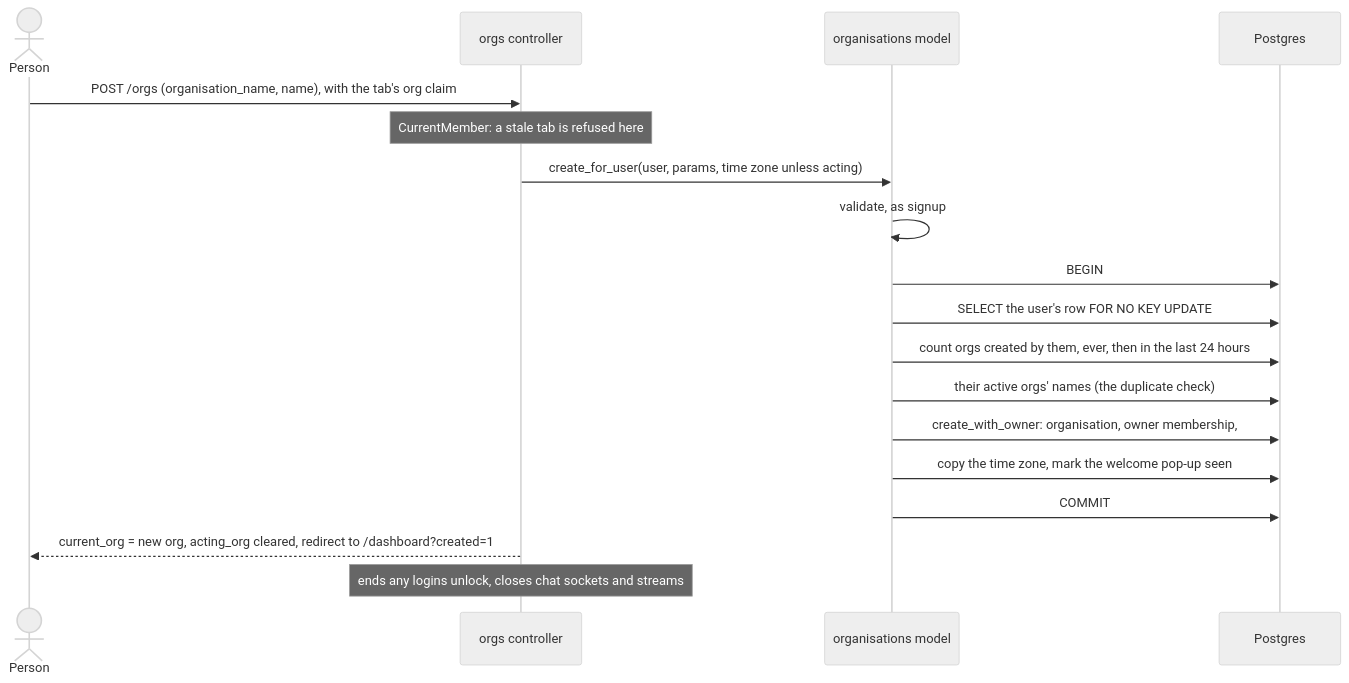
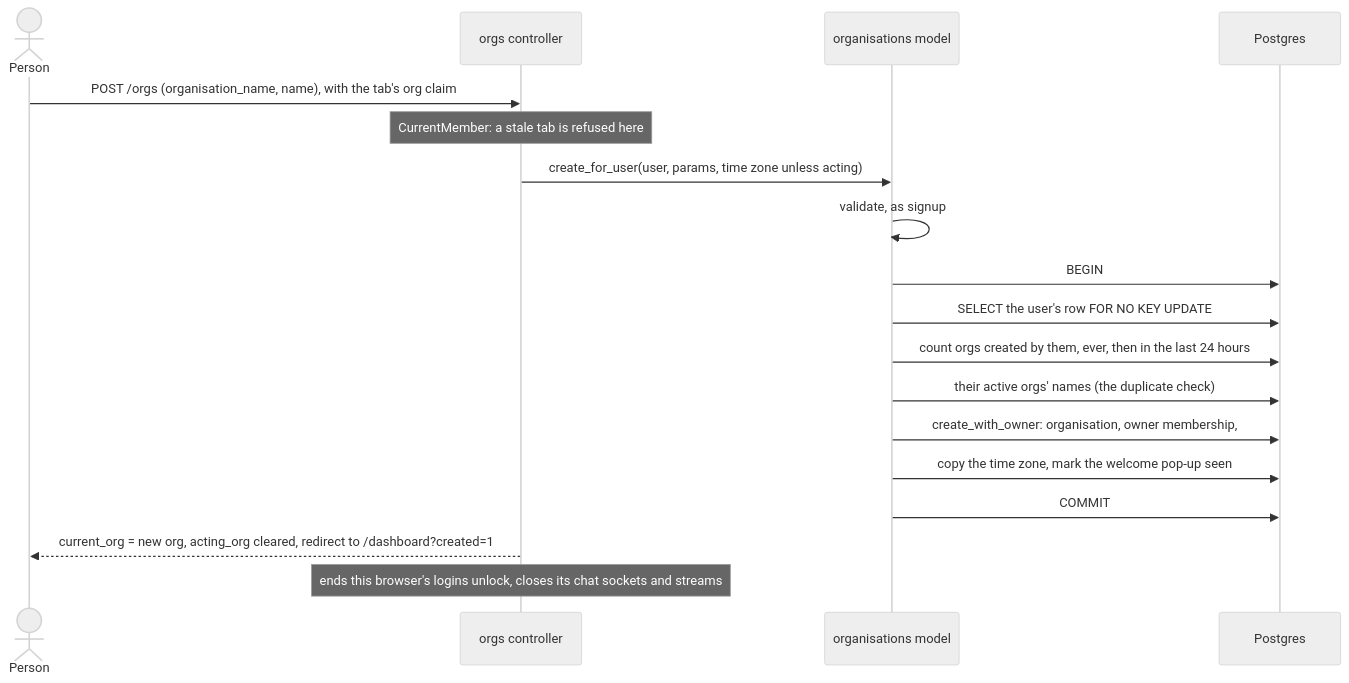
The second of 8 diagrams in docs/flows/accounts.md (rajgurung/collaboration_tool), drawn with Mermaid (neutral theme) before and after one commit. The commit also changed other lines of this file and 5 other files, not shown here.

````diff
--- a/docs/flows/accounts.md
+++ b/docs/flows/accounts.md
@@ -65,20 +65,20 @@
 ```mermaid
 sequenceDiagram
     actor P as Person
     participant C as orgs controller
     participant O as organisations model
     participant DB as Postgres
     P->>C: POST /orgs (organisation_name, name), with the tab's org claim
     Note over C: CurrentMember: a stale tab is refused here
     C->>O: create_for_user(user, params, time zone unless acting)
     O->>O: validate, as signup
     O->>DB: BEGIN
     O->>DB: SELECT the user's row FOR NO KEY UPDATE
     O->>DB: count orgs created by them, ever, then in the last 24 hours
     O->>DB: their active orgs' names (the duplicate check)
     O->>DB: create_with_owner: organisation, owner membership, #general, folders
     O->>DB: copy the time zone, mark the welcome pop-up seen
     O->>DB: COMMIT
     C-->>P: current_org = new org, acting_org cleared, redirect to /dashboard?created=1
-    Note over C: ends any logins unlock, closes chat sockets and streams
+    Note over C: ends this browser's logins unlock, closes its chat sockets and streams
 ```
````
